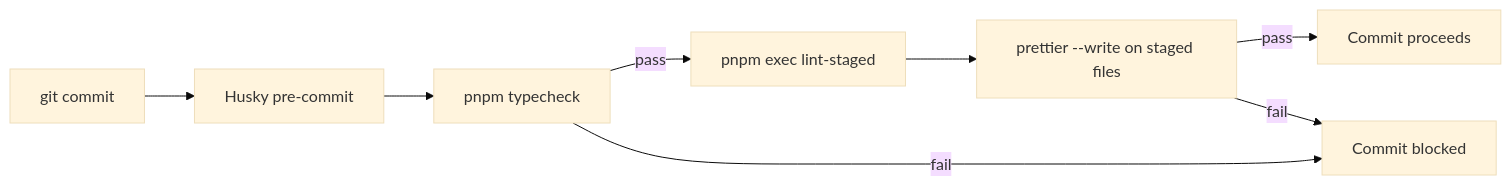
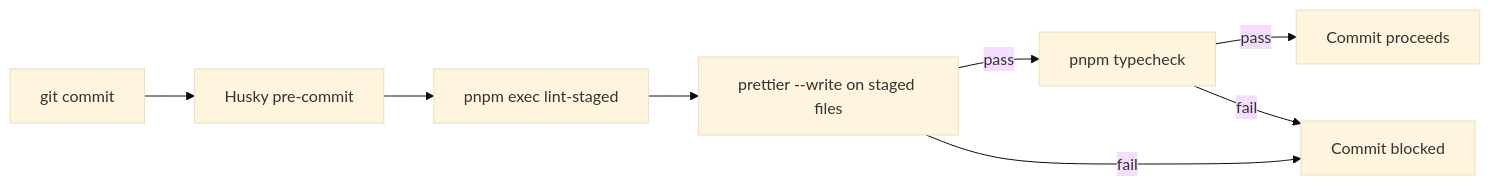
One commit to stevehsudrawing/stevehsudrawing.github.io changed the diagram in .github/instructions/1-tech-stack/5-git-hooks.instructions.md. Above: the diagram before and after it, drawn with Mermaid (base theme). The commit also changed other lines of this file and 24 other files, not shown here.

````diff
--- a/.github/instructions/1-tech-stack/5-git-hooks.instructions.md
+++ b/.github/instructions/1-tech-stack/5-git-hooks.instructions.md
@@ -32,10 +32,10 @@
 ```mermaid
 flowchart LR
-    A[git commit] --> B[Husky pre-commit]
-    B --> C[pnpm typecheck]
-    C -->|pass| D[pnpm exec lint-staged]
-    C -->|fail| X[Commit blocked]
-    D --> E[prettier --write on staged files]
-    E -->|pass| F[Commit proceeds]
-    E -->|fail| X
+  A[git commit] --> B[Husky pre-commit]
+  B --> C[pnpm exec lint-staged]
+  C --> D[prettier --write on staged files]
+  D --> |pass| E[pnpm typecheck]
+  D --> |fail| X[Commit blocked]
+  E --> |pass| F[Commit proceeds]
+  E --> |fail| X
 ```
````
